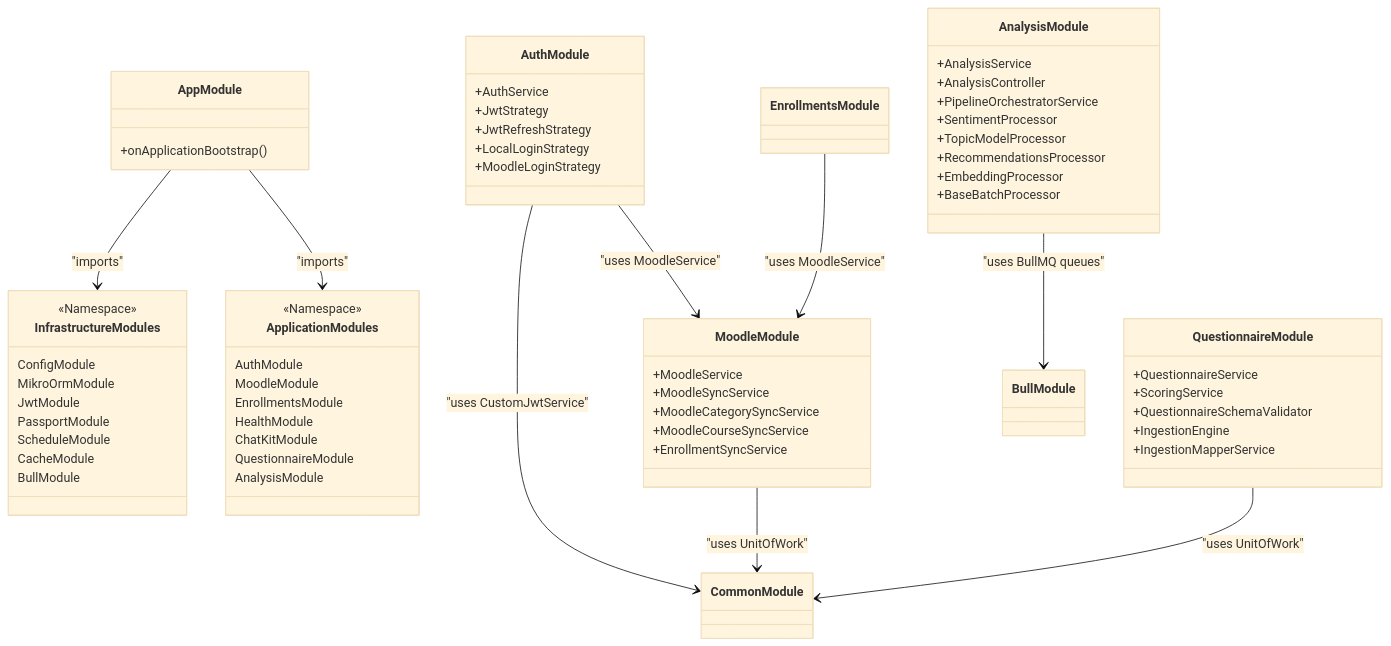
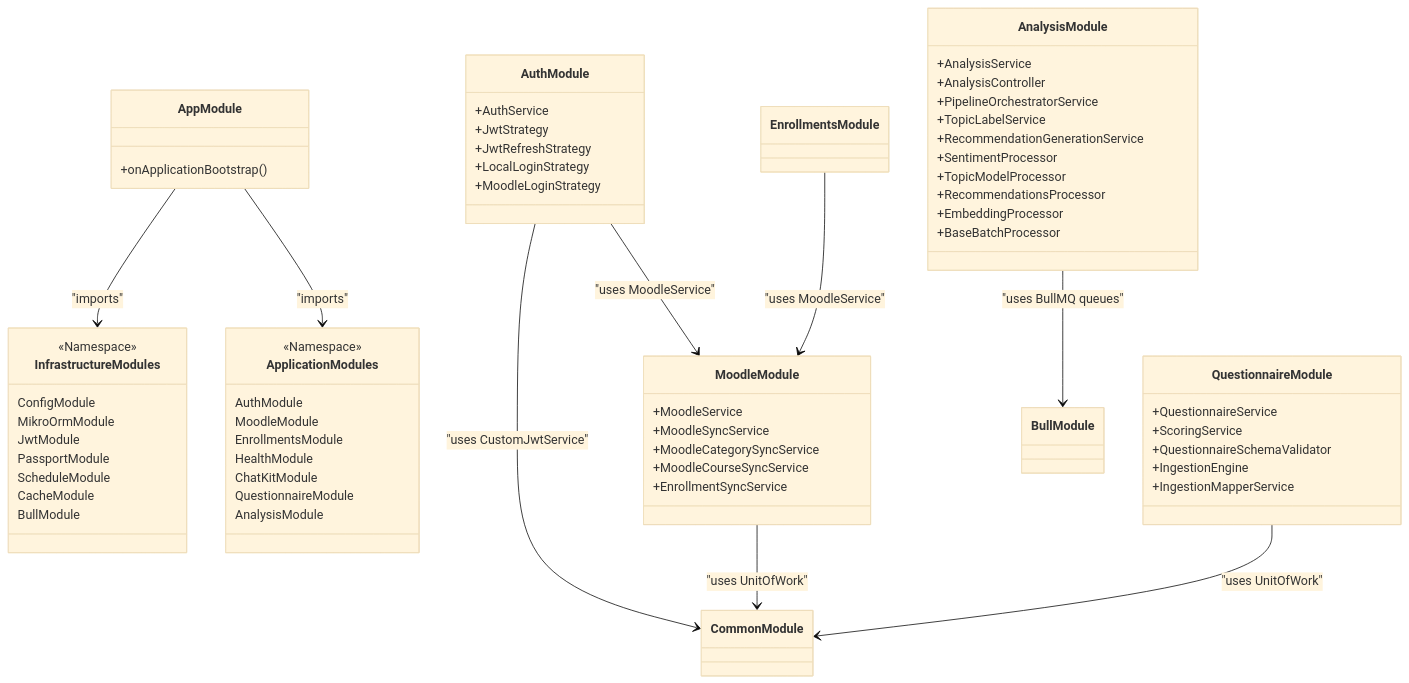
The diagram in docs/architecture/core-components.md (CtrlAltElite-Devs/api.faculytics), drawn with Mermaid (base theme) before and after one commit. The commit also changed other lines of this file and 92 other files, not shown here.

````diff
--- a/docs/architecture/core-components.md
+++ b/docs/architecture/core-components.md
@@ -30,71 +30,73 @@
 ```mermaid
 classDiagram
     class AppModule {
         +onApplicationBootstrap()
     }
     class InfrastructureModules {
         <<Namespace>>
         ConfigModule
         MikroOrmModule
         JwtModule
         PassportModule
         ScheduleModule
         CacheModule
         BullModule
     }
     class ApplicationModules {
         <<Namespace>>
         AuthModule
         MoodleModule
         EnrollmentsModule
         HealthModule
         ChatKitModule
         QuestionnaireModule
         AnalysisModule
     }
 
     AppModule --> InfrastructureModules : "imports"
     AppModule --> ApplicationModules : "imports"
 
     AuthModule --> MoodleModule : "uses MoodleService"
     AuthModule --> CommonModule : "uses CustomJwtService"
     MoodleModule --> CommonModule : "uses UnitOfWork"
     EnrollmentsModule --> MoodleModule : "uses MoodleService"
     QuestionnaireModule --> CommonModule : "uses UnitOfWork"
     AnalysisModule --> BullModule : "uses BullMQ queues"
 
     class AnalysisModule {
         +AnalysisService
         +AnalysisController
         +PipelineOrchestratorService
+        +TopicLabelService
+        +RecommendationGenerationService
         +SentimentProcessor
         +TopicModelProcessor
         +RecommendationsProcessor
         +EmbeddingProcessor
         +BaseBatchProcessor
     }
 
     class MoodleModule {
         +MoodleService
         +MoodleSyncService
         +MoodleCategorySyncService
         +MoodleCourseSyncService
         +EnrollmentSyncService
     }
 
     class AuthModule {
         +AuthService
         +JwtStrategy
         +JwtRefreshStrategy
         +LocalLoginStrategy
         +MoodleLoginStrategy
     }
 
     class QuestionnaireModule {
         +QuestionnaireService
         +ScoringService
         +QuestionnaireSchemaValidator
         +IngestionEngine
         +IngestionMapperService
     }
 ```
````
